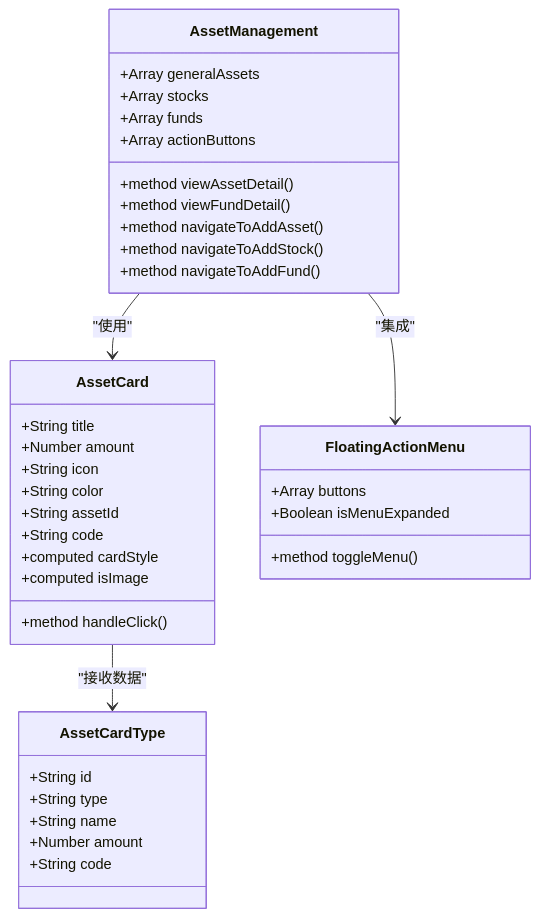
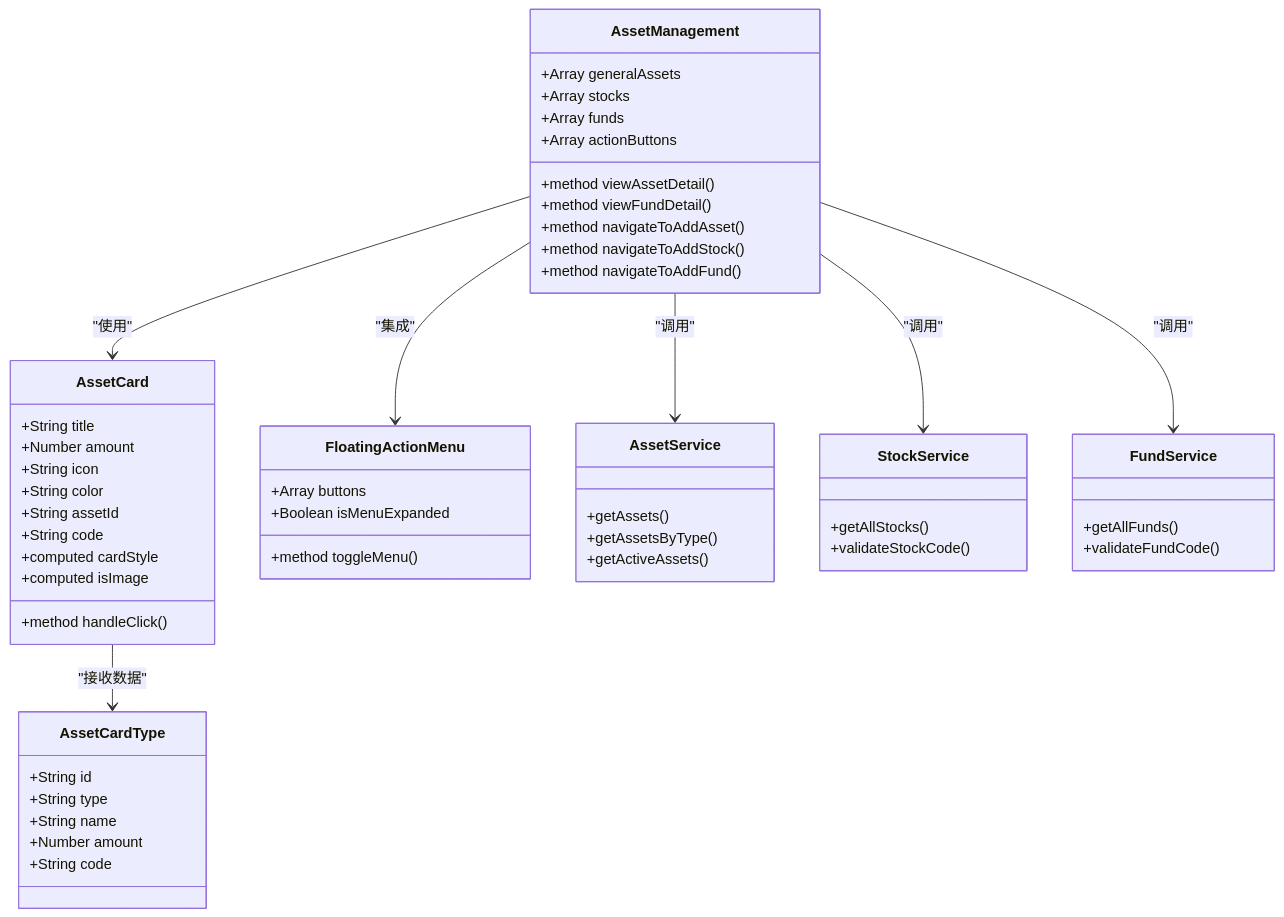
Before and after one commit to xiao-lin-unit/yuan: the second of 11 diagrams in .qoder/repowiki/zh/content/资产管理/资产卡片组件.md, drawn with Mermaid. The commit also changed other lines of this file and 17 other files, not shown here.

````diff
--- a/.qoder/repowiki/zh/content/资产管理/资产卡片组件.md
+++ b/.qoder/repowiki/zh/content/资产管理/资产卡片组件.md
@@ -122,40 +133,56 @@
 ```mermaid
 classDiagram
 class AssetCard {
 +String title
 +Number amount
 +String icon
 +String color
 +String assetId
 +String code
 +computed cardStyle
 +computed isImage
 +method handleClick()
 }
 class AssetManagement {
 +Array generalAssets
 +Array stocks
 +Array funds
 +Array actionButtons
 +method viewAssetDetail()
 +method viewFundDetail()
 +method navigateToAddAsset()
 +method navigateToAddStock()
 +method navigateToAddFund()
 }
 class FloatingActionMenu {
 +Array buttons
 +Boolean isMenuExpanded
 +method toggleMenu()
 }
 class AssetCardType {
 +String id
 +String type
 +String name
 +Number amount
 +String code
 }
+class AssetService {
++getAssets()
++getAssetsByType()
++getActiveAssets()
+}
+class StockService {
++getAllStocks()
++validateStockCode()
+}
+class FundService {
++getAllFunds()
++validateFundCode()
+}
 AssetManagement --> AssetCard : "使用"
 AssetManagement --> FloatingActionMenu : "集成"
+AssetManagement --> AssetService : "调用"
+AssetManagement --> StockService : "调用"
+AssetManagement --> FundService : "调用"
 AssetCard --> AssetCardType : "接收数据"
 ```
````
